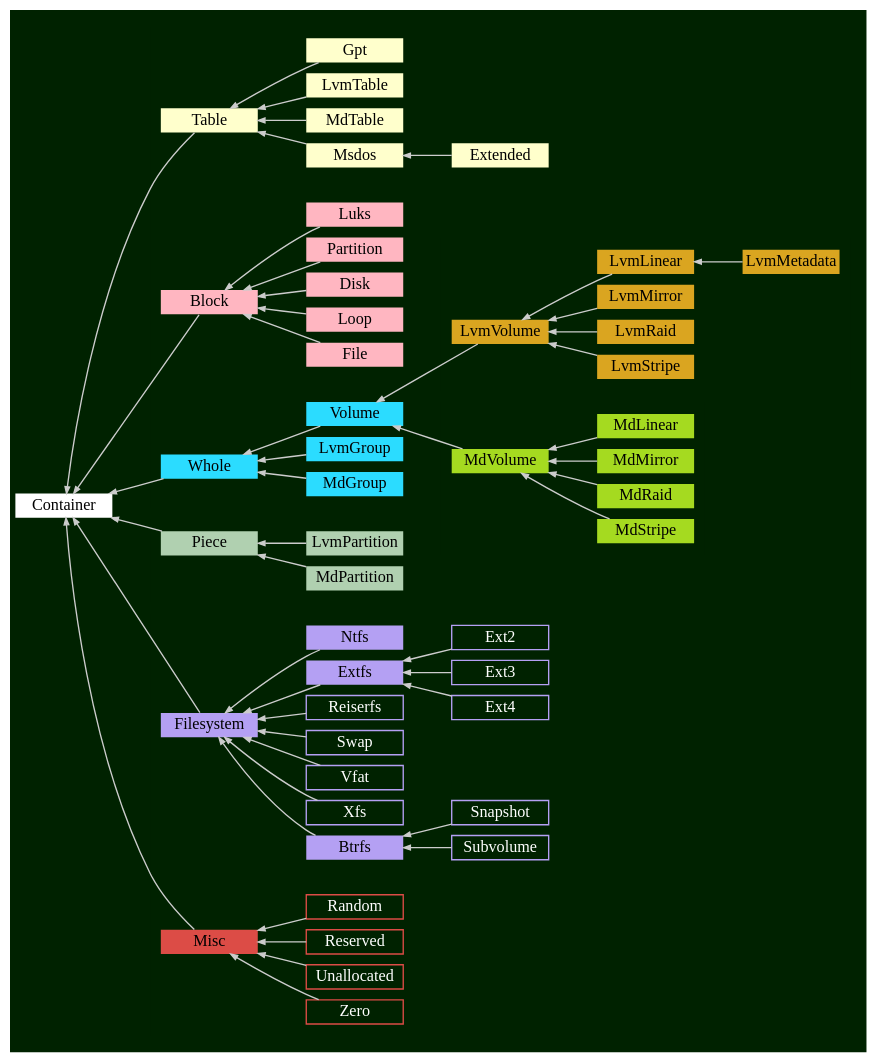
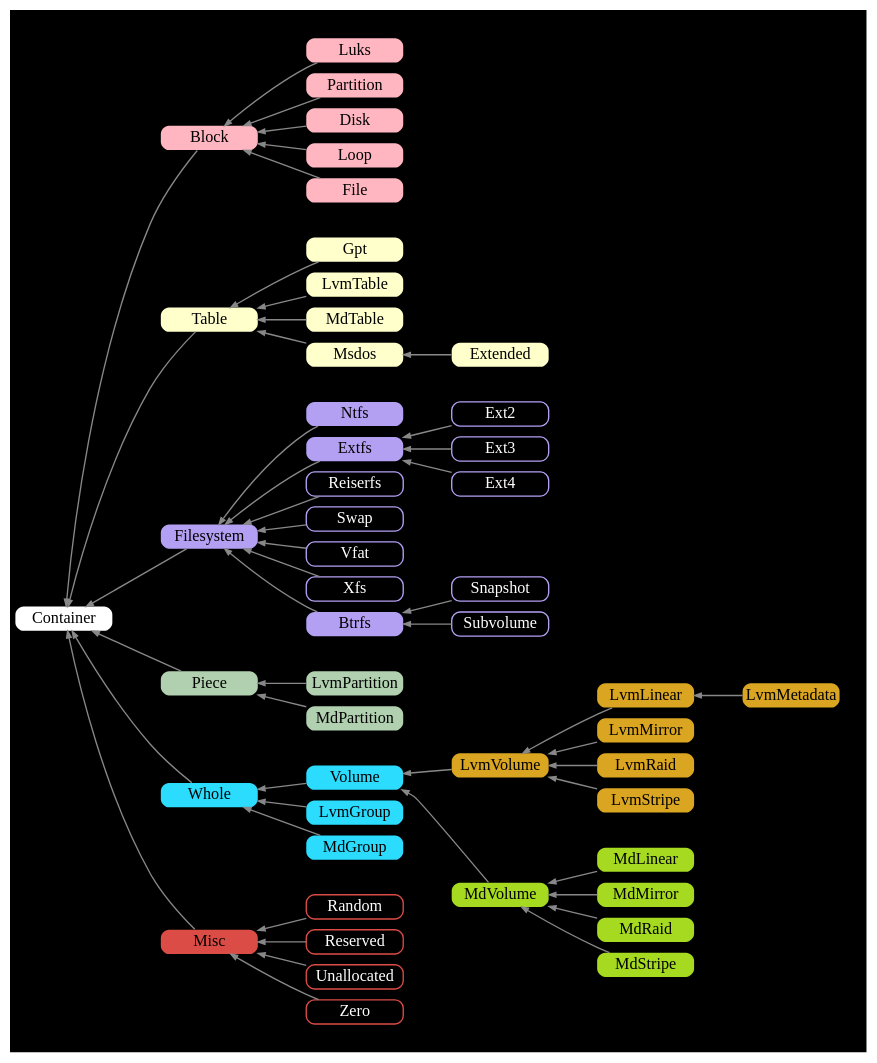
The diagram in gfx/class_dparted5.gv (flatcap/dparted), drawn with Graphviz before and after one commit.

```diff
--- a/gfx/class_dparted5.gv
+++ b/gfx/class_dparted5.gv
@@ -1,160 +1,181 @@
 digraph G
 {
-	graph [ rankdir="RL" bgcolor="#002200", color=white nodesep=0.1 ranksep=0.5 ];
-	node  [ shape=record fontsize=12 style=filled color=white width="1.0" height="0.25" fixedsize=true penwidth=0 ];
-	edge  [ penwidth=1.0 color="#CCCCCC" arrowsize=0.5 ];
+	graph [
+		rankdir="RL"
+		bgcolor=black
+		color=white
+		nodesep=0.1
+		ranksep=0.5
+	];
+	node [
+		shape=Mrecord
+		fontsize=12
+		style=filled
+		color=white
+		width="1.0"
+		height="0.25"
+		fixedsize=true
+		penwidth=0
+	];
+
+	edge [
+		penwidth=1.0
+		color="#888888"
+		arrowsize=0.5
+	];
 
 	Container      [ fillcolor="#FFFFFF" ];
+
+	Block          [ fillcolor="#FFB6C1" ];
+	Luks           [ fillcolor="#FFB6C1" /*penwidth=2 color=red*/ ]; // device
+	Partition      [ fillcolor="#FFB6C1" /*penwidth=2 color=red*/ ]; // device
+	Disk           [ fillcolor="#FFB6C1" /*penwidth=2 color=red*/ ]; // device
+	Loop           [ fillcolor="#FFB6C1" /*penwidth=2 color=red*/ ]; // device
+	File           [ fillcolor="#FFB6C1" ];
 
 	Table          [ fillcolor="#FFFFCC" ];
 	Gpt            [ fillcolor="#FFFFCC" ];
 	LvmTable       [ fillcolor="#FFFFCC" ];
 	MdTable        [ fillcolor="#FFFFCC" ];
 	Msdos          [ fillcolor="#FFFFCC" ];
-	Extended       [ fillcolor="#FFFFCC" ];
-
-	Block          [ fillcolor="#FFB6C1" ];
-	Luks           [ fillcolor="#FFB6C1" ];
-	Partition      [ fillcolor="#FFB6C1" ];
-	Disk           [ fillcolor="#FFB6C1" ];
-	Loop           [ fillcolor="#FFB6C1" ];
-	File           [ fillcolor="#FFB6C1" ];
-
-	Volume         [ fillcolor="#2BDCFF" ];
-	Whole          [ fillcolor="#2BDCFF" ];
-	LvmGroup       [ fillcolor="#2BDCFF" ];
-	MdGroup        [ fillcolor="#2BDCFF" ];
-
-	LvmLinear      [ fillcolor="#DAA520" ];
-	LvmMetadata    [ fillcolor="#DAA520" ];
-	LvmMirror      [ fillcolor="#DAA520" ];
-	LvmRaid        [ fillcolor="#DAA520" ];
-	LvmStripe      [ fillcolor="#DAA520" ];
-	LvmVolume      [ fillcolor="#DAA520" ];
-
-	MdLinear       [ fillcolor="#A5DA20" ];
-	MdMirror       [ fillcolor="#A5DA20" ];
-	MdRaid         [ fillcolor="#A5DA20" ];
-	MdStripe       [ fillcolor="#A5DA20" ];
-	MdVolume       [ fillcolor="#A5DA20" ];
-
-	LvmPartition   [ fillcolor="#B0D0B0" ];
-	MdPartition    [ fillcolor="#B0D0B0" ];
-	Piece          [ fillcolor="#B0D0B0" ];
+	Extended       [ fillcolor="#FFFFCC" /*penwidth=2 color=red*/ ]; // device
 
 	Btrfs          [ fillcolor="#B4A0F3" ];
 	Extfs          [ fillcolor="#B4A0F3" ];
 	Filesystem     [ fillcolor="#B4A0F3" ];
 	Ntfs           [ fillcolor="#B4A0F3" ];
 
 	Ext2  [ color="#B4A0F3" fontcolor=white style=solid penwidth=1 ];
 	Ext3  [ color="#B4A0F3" fontcolor=white style=solid penwidth=1 ];
 	Ext4  [ color="#B4A0F3" fontcolor=white style=solid penwidth=1 ];
 
 	Reiserfs       [ color="#B4A0F3" fontcolor=white style=solid penwidth=1 ];
 	Swap           [ color="#B4A0F3" fontcolor=white style=solid penwidth=1 ];
 	Vfat           [ color="#B4A0F3" fontcolor=white style=solid penwidth=1 ];
 	Xfs            [ color="#B4A0F3" fontcolor=white style=solid penwidth=1 ];
 
 	BtrfsSnapshot  [ label="Snapshot"  color="#B4A0F3" fontcolor=white style=solid penwidth=1 ];
 	BtrfsSubvolume [ label="Subvolume" color="#B4A0F3" fontcolor=white style=solid penwidth=1 ];
 
+	LvmPartition   [ fillcolor="#B0D0B0" ];
+	MdPartition    [ fillcolor="#B0D0B0" ];
+	Piece          [ fillcolor="#B0D0B0" ];
+
+	Volume         [ fillcolor="#2BDCFF" /*penwidth=2 color=red*/ ]; // device
+	Whole          [ fillcolor="#2BDCFF" ];
+	LvmGroup       [ fillcolor="#2BDCFF" ];
+	MdGroup        [ fillcolor="#2BDCFF" ];
+
+	LvmLinear      [ fillcolor="#DAA520" /*penwidth=2 color=red*/ ]; // device
+	LvmMetadata    [ fillcolor="#DAA520" /*penwidth=2 color=red*/ ]; // device
+	LvmMirror      [ fillcolor="#DAA520" /*penwidth=2 color=red*/ ]; // device
+	LvmRaid        [ fillcolor="#DAA520" /*penwidth=2 color=red*/ ]; // device
+	LvmStripe      [ fillcolor="#DAA520" /*penwidth=2 color=red*/ ]; // device
+	LvmVolume      [ fillcolor="#DAA520" /*penwidth=2 color=red*/ ]; // device
+
+	MdLinear       [ fillcolor="#A5DA20" /*penwidth=2 color=red*/ ]; // device
+	MdMirror       [ fillcolor="#A5DA20" /*penwidth=2 color=red*/ ]; // device
+	MdRaid         [ fillcolor="#A5DA20" /*penwidth=2 color=red*/ ]; // device
+	MdStripe       [ fillcolor="#A5DA20" /*penwidth=2 color=red*/ ]; // device
+	MdVolume       [ fillcolor="#A5DA20" /*penwidth=2 color=red*/ ]; // device
+
 	Misc           [ fillcolor="#DC4C46" ];
+
 	Random         [ color="#DC4C46" fontcolor=white style=solid penwidth=1 ];
 	Reserved       [ color="#DC4C46" fontcolor=white style=solid penwidth=1 ];
 	Unallocated    [ color="#DC4C46" fontcolor=white style=solid penwidth=1 ];
 	Zero           [ color="#DC4C46" fontcolor=white style=solid penwidth=1 ];
 
 	Block      -> Container;
 	Filesystem -> Container;
 	Misc       -> Container;
 	Piece      -> Container;
 	Table      -> Container;
 	Whole      -> Container;
 
 	LvmVolume  -> Volume;
 	MdVolume   -> Volume;
 
 	subgraph cluster_1 {
 		color = transparent;
 
 		Extended             -> Msdos;
 
 		Gpt                  -> Table;
 		LvmTable             -> Table;
 		MdTable              -> Table;
 		Msdos                -> Table;
 	}
 
 	subgraph cluster_2 {
 		color = transparent;
 
 		Btrfs                -> Filesystem;
 		Extfs                -> Filesystem;
 		Ntfs                 -> Filesystem;
 		Reiserfs             -> Filesystem;
 		Swap                 -> Filesystem;
 		Vfat                 -> Filesystem;
 		Xfs                  -> Filesystem;
 
 		Ext2                 -> Extfs;
 		Ext3                 -> Extfs;
 		Ext4                 -> Extfs;
 
 		BtrfsSubvolume       -> Btrfs;
 		BtrfsSnapshot        -> Btrfs;
 	}
 
 	subgraph cluster_3 {
 		color = transparent;
 
 		Zero                 -> Misc;
 		Random               -> Misc;
 		Reserved             -> Misc;
 		Unallocated          -> Misc;
 	}
 
 	subgraph cluster_4 {
 		color = transparent;
 
 		LvmPartition         -> Piece;
 		MdPartition          -> Piece;
 	}
 
 	subgraph cluster_5 {
 		color = transparent;
 
 		LvmMetadata          -> LvmLinear;
 		LvmLinear            -> LvmVolume;
 		LvmMirror            -> LvmVolume;
 		LvmRaid              -> LvmVolume;
 		LvmStripe            -> LvmVolume;
 	}
 
 	subgraph cluster_6 {
 		color = transparent;
 
 		MdLinear             -> MdVolume;
 		MdMirror             -> MdVolume;
 		MdRaid               -> MdVolume;
 		MdStripe             -> MdVolume;
 	}
 
 	subgraph cluster_7 {
 		color = transparent;
 
 		LvmGroup             -> Whole;
 		MdGroup              -> Whole;
 		Volume               -> Whole;
 	}
 
 	subgraph cluster_8 {
 		color = transparent;
 
 		Partition            -> Block;
 		Luks                 -> Block;
 		Disk                 -> Block;
 		Loop                 -> Block;
 		File                 -> Block;
 	}
 }
```
